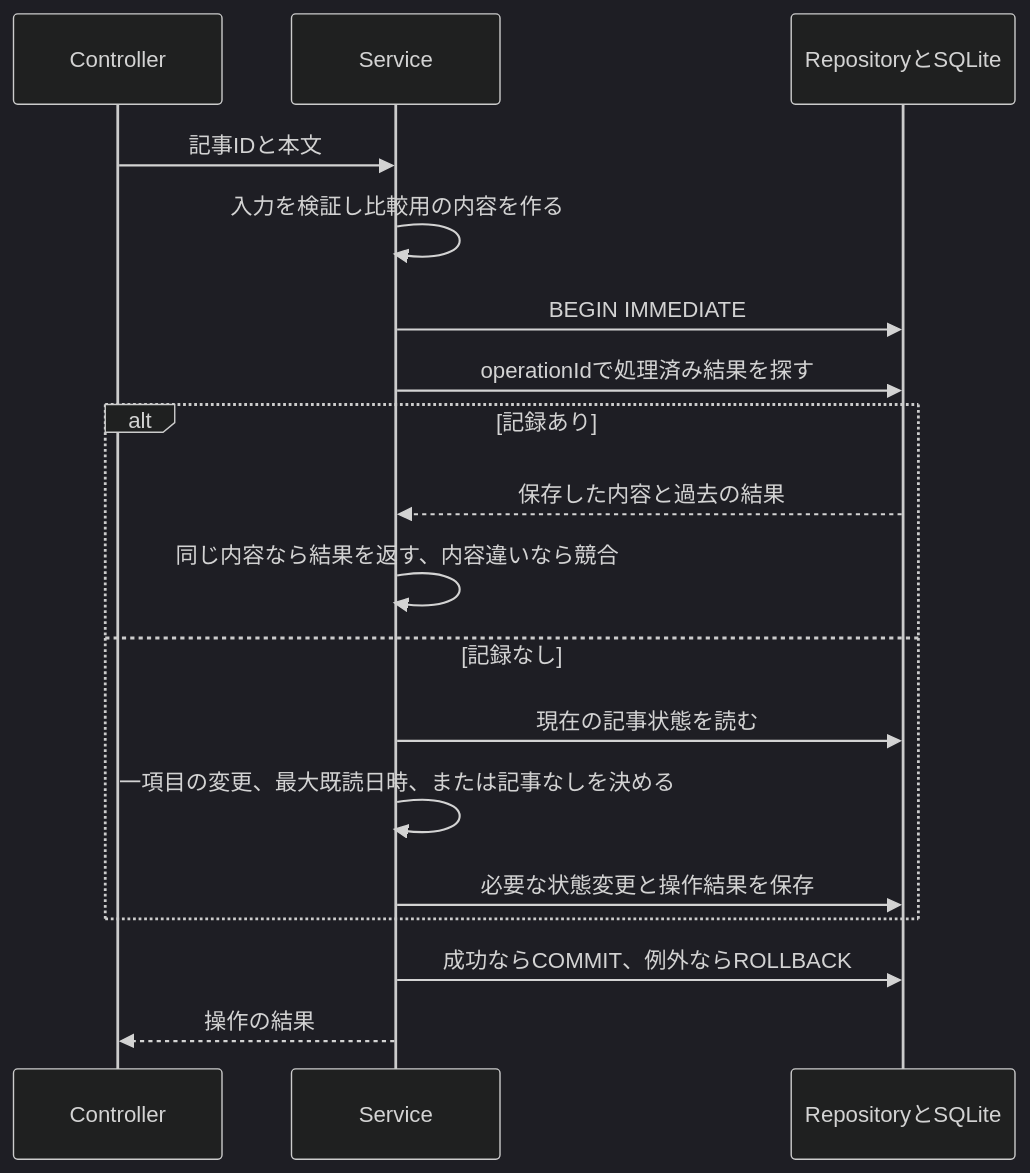
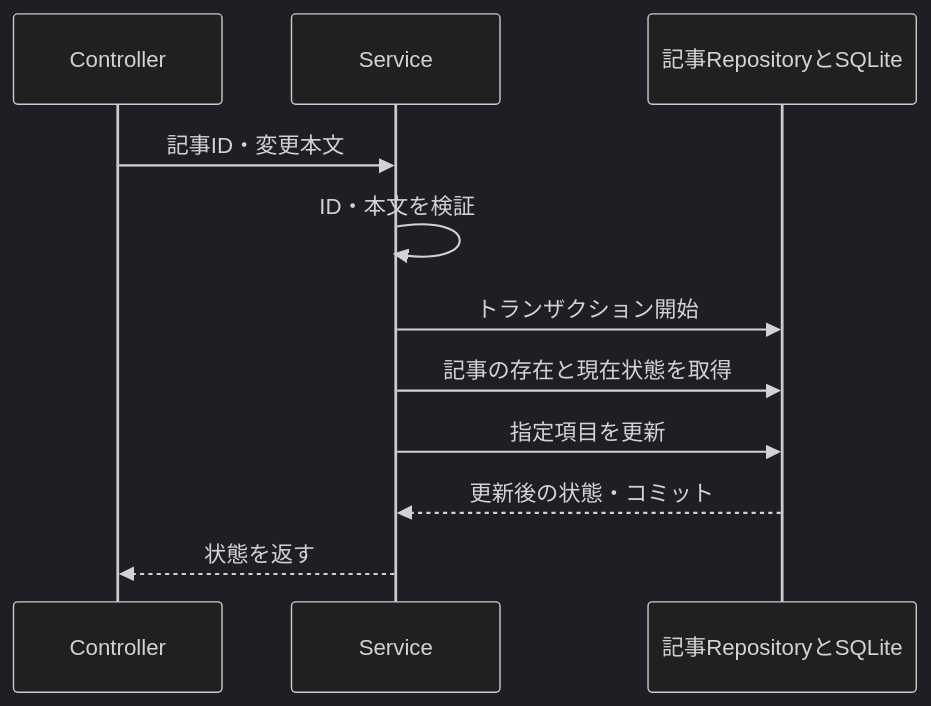
One commit to BeppuKanato/it-discovery changed the second of 2 diagrams in docs/article-state-api.md. Above: the diagram before and after it, drawn with Mermaid (dark theme). The commit also changed other lines of this file and 5 other files, not shown here.

````diff
--- a/docs/article-state-api.md
+++ b/docs/article-state-api.md
@@ -97,20 +65,13 @@
 ```mermaid
 sequenceDiagram
   participant C as Controller
   participant S as Service
-  participant R as RepositoryとSQLite
-  C->>S: 記事IDと本文
-  S->>S: 入力を検証し比較用の内容を作る
-  S->>R: BEGIN IMMEDIATE
-  S->>R: operationIdで処理済み結果を探す
-  alt 記録あり
-    R-->>S: 保存した内容と過去の結果
-    S->>S: 同じ内容なら結果を返す、内容違いなら競合
-  else 記録なし
-    S->>R: 現在の記事状態を読む
-    S->>S: 一項目の変更、最大既読日時、または記事なしを決める
-    S->>R: 必要な状態変更と操作結果を保存
-  end
-  S->>R: 成功ならCOMMIT、例外ならROLLBACK
-  S-->>C: 操作の結果
+  participant R as 記事RepositoryとSQLite
+  C->>S: 記事ID・変更本文
+  S->>S: ID・本文を検証
+  S->>R: トランザクション開始
+  S->>R: 記事の存在と現在状態を取得
+  S->>R: 指定項目を更新
+  R-->>S: 更新後の状態・コミット
+  S-->>C: 状態を返す
 ```
````
